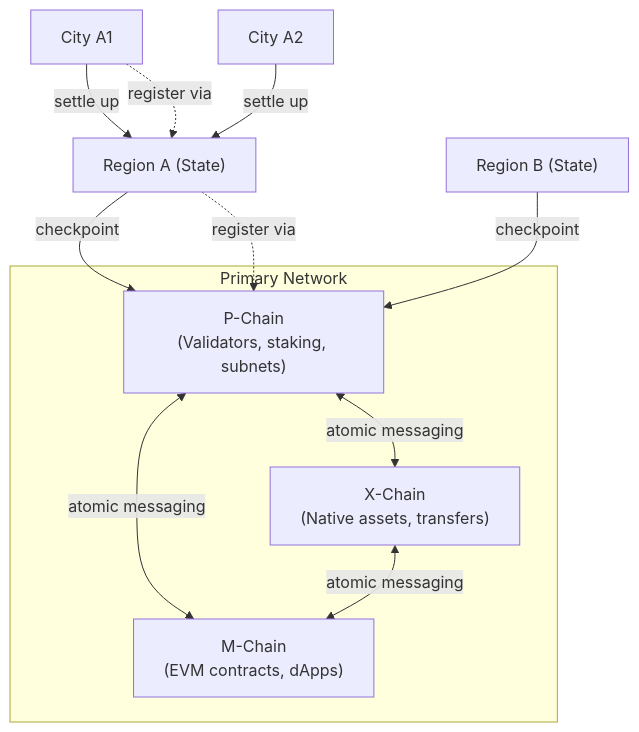
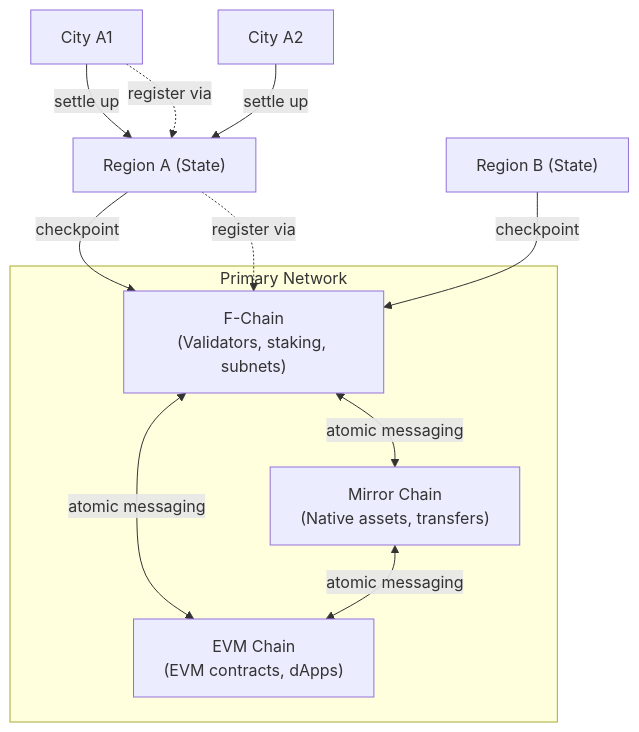
Before and after one commit to cryft-labs/cryftnet-whitepaper: the second of 4 diagrams in whitepaper.md, drawn with Mermaid. The commit also changed other lines of this file and 9 other files, not shown here.

Commit message:
Refactor whitepaper terminology and structure: update chain names from P-Chain, X-Chain, M-Chain to F-Chain, Mirror Chain, EVM Chain; revise related descriptions and responsibilities throughout the document for clarity and consistency.

````diff
--- a/whitepaper.md
+++ b/whitepaper.md
@@ -383,21 +383,21 @@
 ```mermaid
 flowchart TB
   subgraph Primary["Primary Network"]
-    PChain["P-Chain<br>(Validators, staking, subnets)"]
-    XChain["X-Chain<br>(Native assets, transfers)"]
-    MChain["M-Chain<br>(EVM contracts, dApps)"]
+    PChain["F-Chain<br>(Validators, staking, subnets)"]
+    XChain["Mirror Chain<br>(Native assets, transfers)"]
+    MChain["EVM Chain<br>(EVM contracts, dApps)"]
     PChain <-->|atomic messaging| MChain
     PChain <-->|atomic messaging| XChain
     XChain <-->|atomic messaging| MChain
   end
   RegionA["Region A (State)"]
   RegionB["Region B (State)"]
   CityA1["City A1"]
   CityA2["City A2"]
   RegionA -->|checkpoint| PChain
   RegionB -->|checkpoint| PChain
   CityA1 -->|settle up| RegionA
   CityA2 -->|settle up| RegionA
   RegionA -.->|register via| PChain
   CityA1 -.->|register via| RegionA
 ```
````
